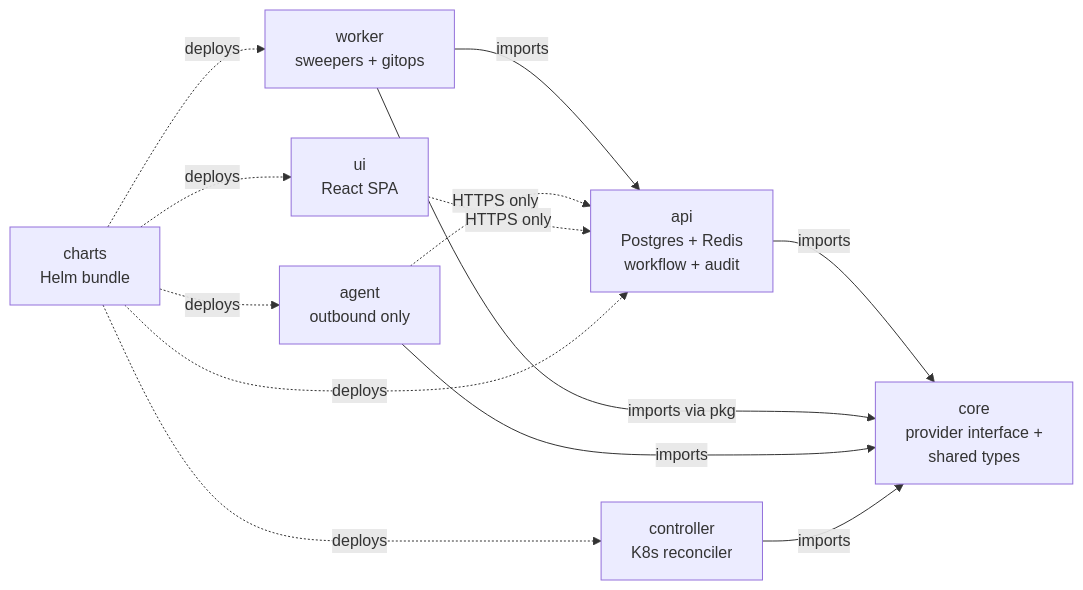
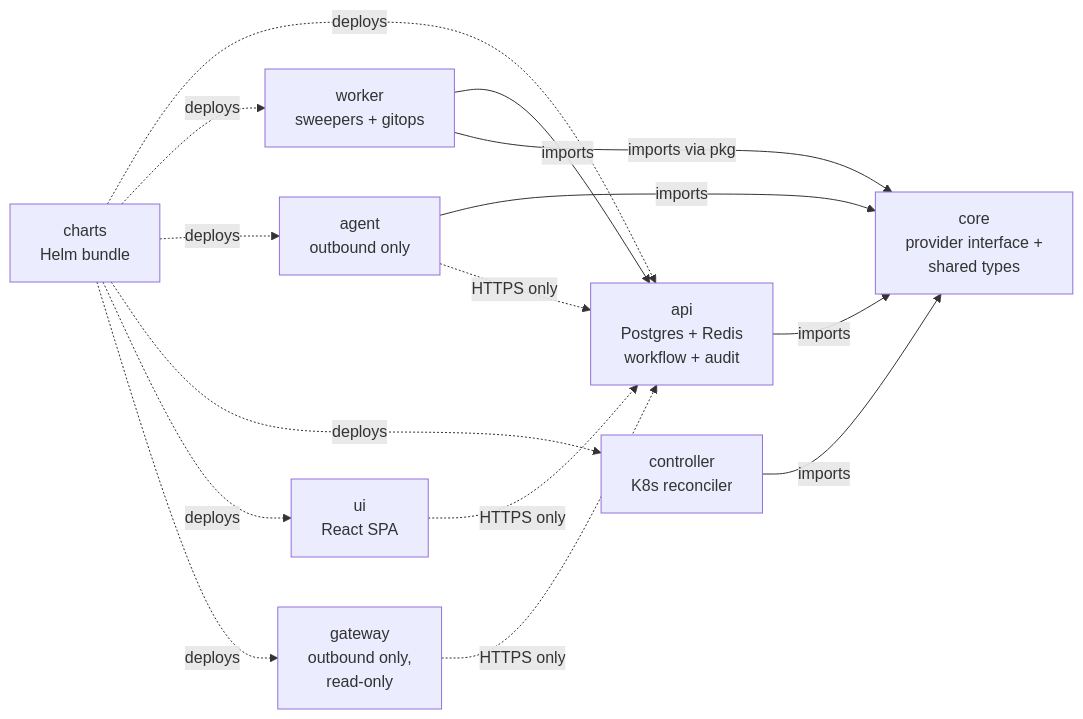
The diagram in docs/components/index.md (secrets-bridge/docs), drawn with Mermaid before and after one commit. The commit also changed other lines of this file and 14 other files, not shown here.

````diff
--- a/docs/components/index.md
+++ b/docs/components/index.md
@@ -26,23 +27,26 @@
 ```mermaid
 flowchart LR
     core["core<br/>provider interface +<br/>shared types"]
     api["api<br/>Postgres + Redis<br/>workflow + audit"]
     worker["worker<br/>sweepers + gitops"]
     agent["agent<br/>outbound only"]
     controller["controller<br/>K8s reconciler"]
+    gateway["gateway<br/>outbound only,<br/>read-only"]
     ui["ui<br/>React SPA"]
     charts["charts<br/>Helm bundle"]
 
     api -->|"imports"| core
     worker -->|"imports"| api
     worker -->|"imports via pkg"| core
     agent -->|"imports"| core
     agent -.->|"HTTPS only"| api
     controller -->|"imports"| core
     ui -.->|"HTTPS only"| api
+    gateway -.->|"HTTPS only"| api
     charts -.->|"deploys"| api
     charts -.->|"deploys"| worker
     charts -.->|"deploys"| agent
     charts -.->|"deploys"| controller
     charts -.->|"deploys"| ui
+    charts -.->|"deploys"| gateway
 ```
````
